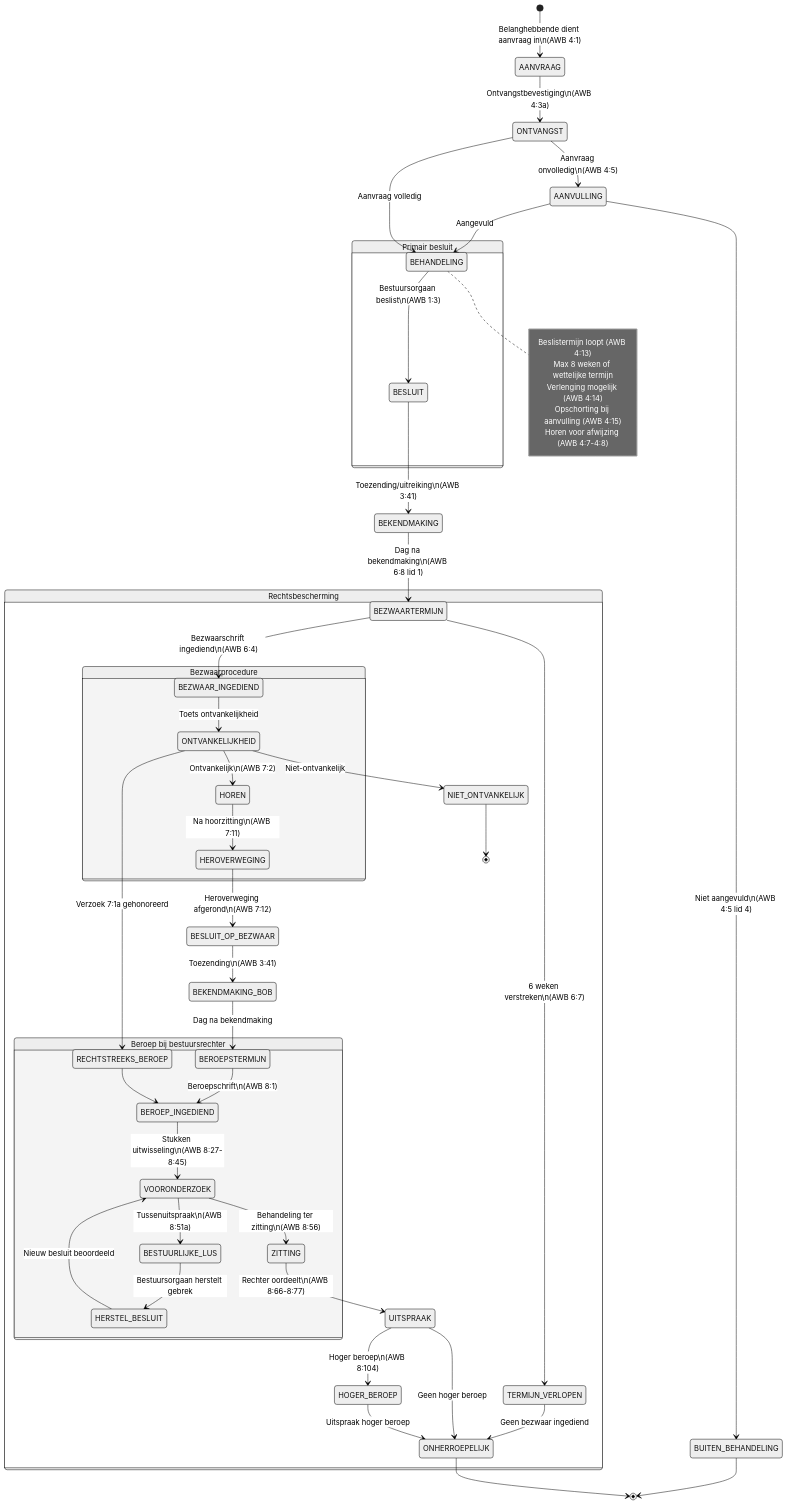
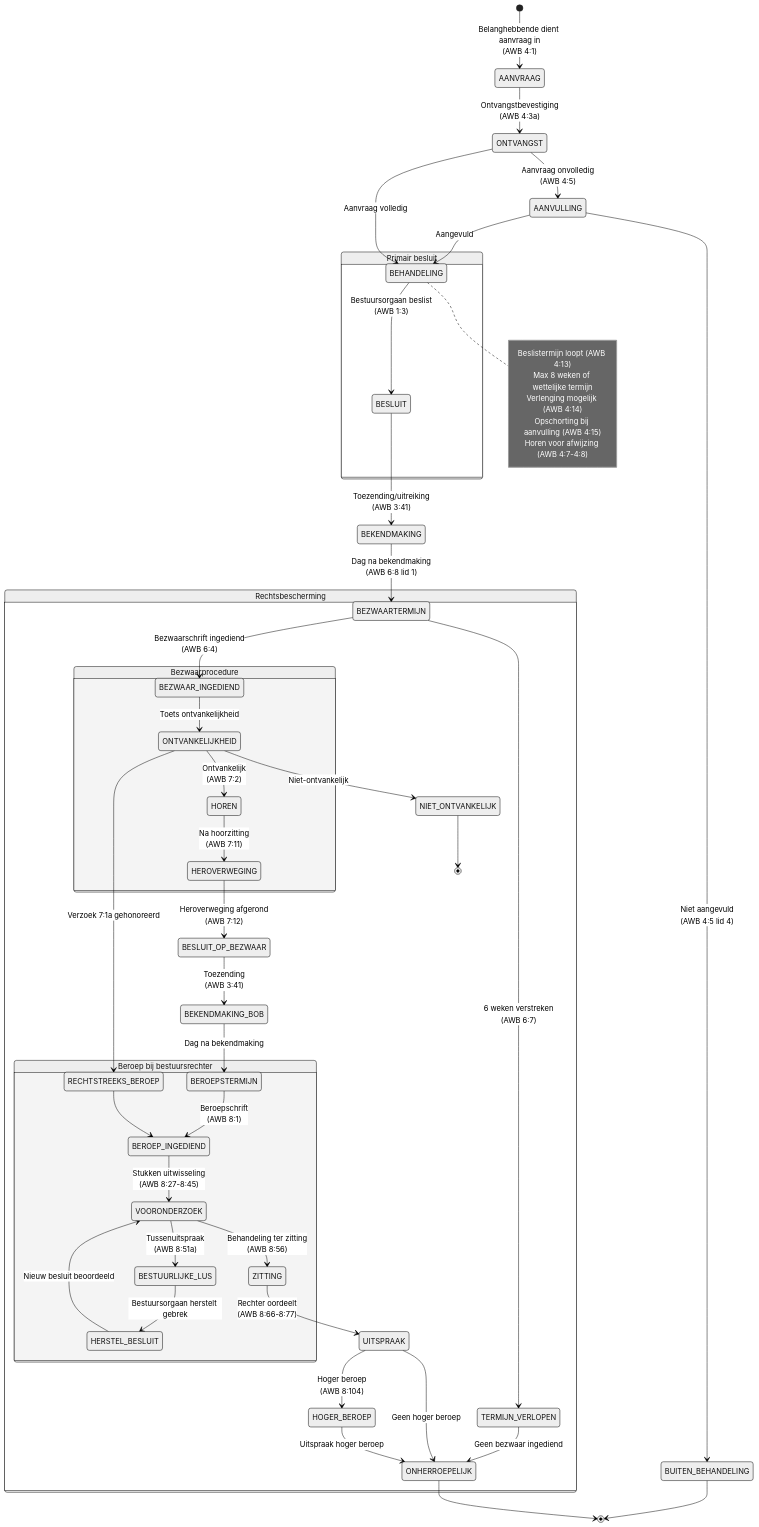
One commit to MinBZK/regelrecht changed the second of 5 diagrams in docs/src/content/rfcs/rfc-008.md. Above: the diagram before and after it, drawn with Mermaid (neutral theme). The commit also changed other lines of this file and 15 other files, not shown here.

First line of the commit message:
feat(docs): a11y-hardening — gate over alle pagina's, axe, mermaid- en contrastfixes

````diff
--- a/docs/src/content/rfcs/rfc-008.md
+++ b/docs/src/content/rfcs/rfc-008.md
@@ -584,65 +584,65 @@
 ```mermaid
 stateDiagram-v2
-    [*] --> AANVRAAG: Belanghebbende dient aanvraag in\n(AWB 4:1)
+    [*] --> AANVRAAG: Belanghebbende dient aanvraag in<br/>(AWB 4:1)
 
-    AANVRAAG --> ONTVANGST: Ontvangstbevestiging\n(AWB 4:3a)
-    ONTVANGST --> AANVULLING: Aanvraag onvolledig\n(AWB 4:5)
+    AANVRAAG --> ONTVANGST: Ontvangstbevestiging<br/>(AWB 4:3a)
+    ONTVANGST --> AANVULLING: Aanvraag onvolledig<br/>(AWB 4:5)
     AANVULLING --> BEHANDELING: Aangevuld
-    AANVULLING --> BUITEN_BEHANDELING: Niet aangevuld\n(AWB 4:5 lid 4)
+    AANVULLING --> BUITEN_BEHANDELING: Niet aangevuld<br/>(AWB 4:5 lid 4)
     ONTVANGST --> BEHANDELING: Aanvraag volledig
 
     BUITEN_BEHANDELING --> [*]
 
     state "Primair besluit" as primair {
-        BEHANDELING --> BESLUIT: Bestuursorgaan beslist\n(AWB 1:3)
+        BEHANDELING --> BESLUIT: Bestuursorgaan beslist<br/>(AWB 1:3)
 
         note right of BEHANDELING
             Beslistermijn loopt (AWB 4:13)
             Max 8 weken of wettelijke termijn
             Verlenging mogelijk (AWB 4:14)
             Opschorting bij aanvulling (AWB 4:15)
             Horen voor afwijzing (AWB 4:7-4:8)
         end note
     }
 
-    BESLUIT --> BEKENDMAKING: Toezending/uitreiking\n(AWB 3:41)
-    BEKENDMAKING --> BEZWAARTERMIJN: Dag na bekendmaking\n(AWB 6:8 lid 1)
+    BESLUIT --> BEKENDMAKING: Toezending/uitreiking<br/>(AWB 3:41)
+    BEKENDMAKING --> BEZWAARTERMIJN: Dag na bekendmaking<br/>(AWB 6:8 lid 1)
 
     state "Rechtsbescherming" as rechtsbescherming {
-        BEZWAARTERMIJN --> TERMIJN_VERLOPEN: 6 weken verstreken\n(AWB 6:7)
-        BEZWAARTERMIJN --> BEZWAAR_INGEDIEND: Bezwaarschrift ingediend\n(AWB 6:4)
+        BEZWAARTERMIJN --> TERMIJN_VERLOPEN: 6 weken verstreken<br/>(AWB 6:7)
+        BEZWAARTERMIJN --> BEZWAAR_INGEDIEND: Bezwaarschrift ingediend<br/>(AWB 6:4)
 
         TERMIJN_VERLOPEN --> ONHERROEPELIJK: Geen bezwaar ingediend
 
         state "Bezwaarprocedure" as bezwaar {
             BEZWAAR_INGEDIEND --> ONTVANKELIJKHEID: Toets ontvankelijkheid
             ONTVANKELIJKHEID --> NIET_ONTVANKELIJK: Niet-ontvankelijk
-            ONTVANKELIJKHEID --> HOREN: Ontvankelijk\n(AWB 7:2)
+            ONTVANKELIJKHEID --> HOREN: Ontvankelijk<br/>(AWB 7:2)
             ONTVANKELIJKHEID --> RECHTSTREEKS_BEROEP: Verzoek 7:1a gehonoreerd
-            HOREN --> HEROVERWEGING: Na hoorzitting\n(AWB 7:11)
-            HEROVERWEGING --> BESLUIT_OP_BEZWAAR: Heroverweging afgerond\n(AWB 7:12)
+            HOREN --> HEROVERWEGING: Na hoorzitting<br/>(AWB 7:11)
+            HEROVERWEGING --> BESLUIT_OP_BEZWAAR: Heroverweging afgerond<br/>(AWB 7:12)
         }
 
         NIET_ONTVANKELIJK --> [*]
-        BESLUIT_OP_BEZWAAR --> BEKENDMAKING_BOB: Toezending\n(AWB 3:41)
+        BESLUIT_OP_BEZWAAR --> BEKENDMAKING_BOB: Toezending<br/>(AWB 3:41)
         BEKENDMAKING_BOB --> BEROEPSTERMIJN: Dag na bekendmaking
 
         state "Beroep bij bestuursrechter" as beroep_fase {
-            BEROEPSTERMIJN --> BEROEP_INGEDIEND: Beroepschrift\n(AWB 8:1)
+            BEROEPSTERMIJN --> BEROEP_INGEDIEND: Beroepschrift<br/>(AWB 8:1)
             RECHTSTREEKS_BEROEP --> BEROEP_INGEDIEND
-            BEROEP_INGEDIEND --> VOORONDERZOEK: Stukken uitwisseling\n(AWB 8:27-8:45)
-            VOORONDERZOEK --> ZITTING: Behandeling ter zitting\n(AWB 8:56)
-            ZITTING --> UITSPRAAK: Rechter oordeelt\n(AWB 8:66-8:77)
+            BEROEP_INGEDIEND --> VOORONDERZOEK: Stukken uitwisseling<br/>(AWB 8:27-8:45)
+            VOORONDERZOEK --> ZITTING: Behandeling ter zitting<br/>(AWB 8:56)
+            ZITTING --> UITSPRAAK: Rechter oordeelt<br/>(AWB 8:66-8:77)
 
-            VOORONDERZOEK --> BESTUURLIJKE_LUS: Tussenuitspraak\n(AWB 8:51a)
+            VOORONDERZOEK --> BESTUURLIJKE_LUS: Tussenuitspraak<br/>(AWB 8:51a)
             BESTUURLIJKE_LUS --> HERSTEL_BESLUIT: Bestuursorgaan herstelt gebrek
             HERSTEL_BESLUIT --> VOORONDERZOEK: Nieuw besluit beoordeeld
         }
 
-        UITSPRAAK --> HOGER_BEROEP: Hoger beroep\n(AWB 8:104)
+        UITSPRAAK --> HOGER_BEROEP: Hoger beroep<br/>(AWB 8:104)
         UITSPRAAK --> ONHERROEPELIJK: Geen hoger beroep
         HOGER_BEROEP --> ONHERROEPELIJK: Uitspraak hoger beroep
     }
 
     ONHERROEPELIJK --> [*]
 ```
````
